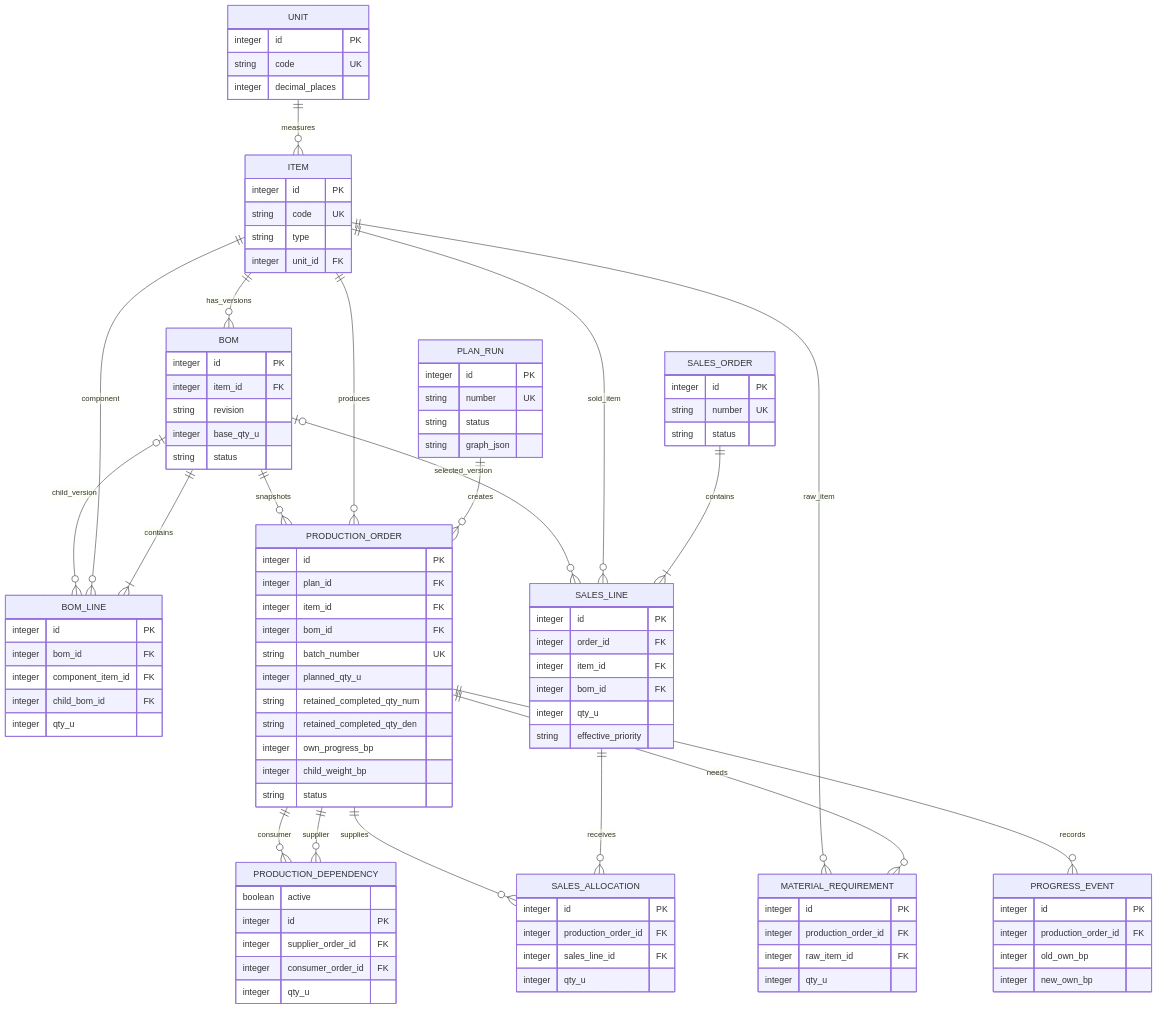
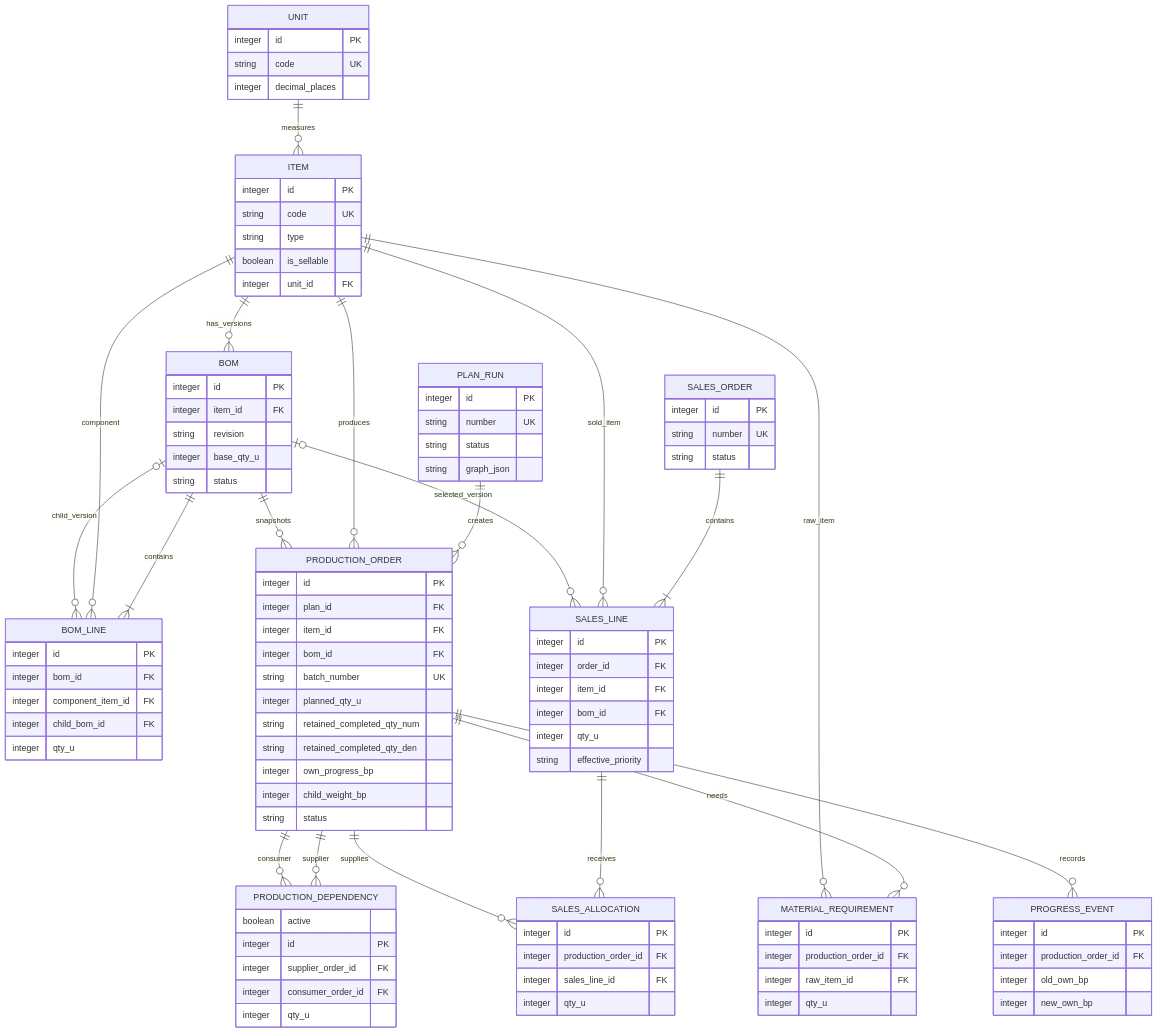
One commit to zimuwong-boop/Custom_APS changed the diagram in Docs/06_Database_ER.md. Above: the diagram before and after it, drawn with Mermaid. The commit also changed other lines of this file and 22 other files, not shown here.

```diff
--- a/Docs/06_Database_ER.md
+++ b/Docs/06_Database_ER.md
@@ -42,6 +42,7 @@
         integer id PK
         string code UK
         string type
+        boolean is_sellable
         integer unit_id FK
     }
     BOM {
```
